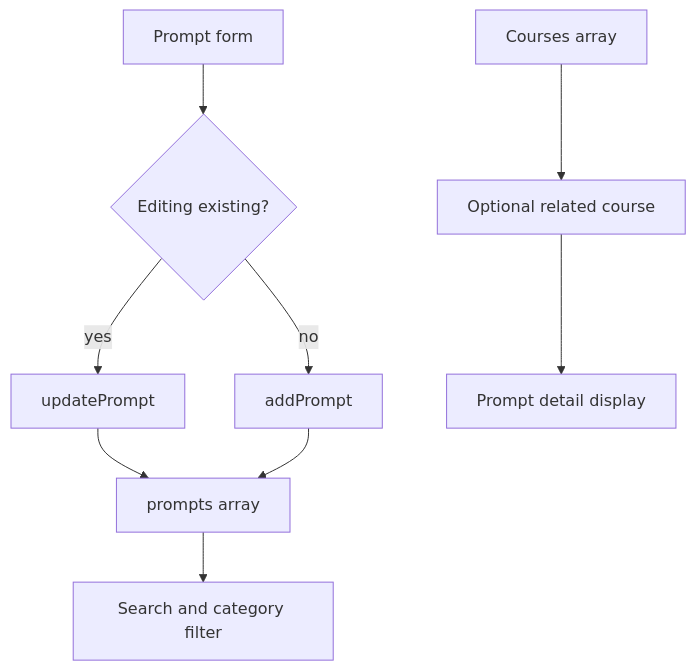
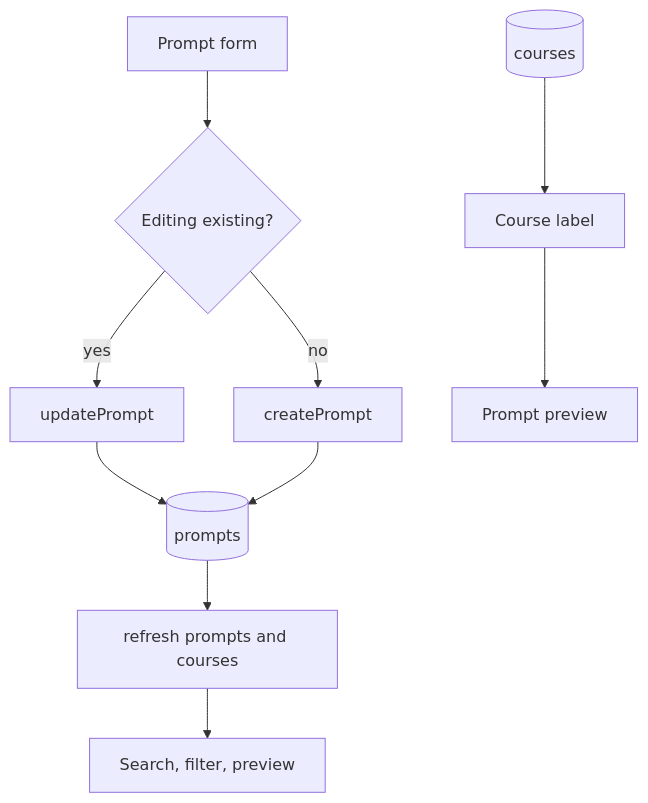
Before and after one commit to muhammadjamshed7/Assignmentwork: the ninth of 16 diagrams in SYSTEM_FLOW.md, drawn with Mermaid. The commit also changed other lines of this file and 56 other files, not shown here.

````diff
--- a/SYSTEM_FLOW.md
+++ b/SYSTEM_FLOW.md
@@ -209,11 +295,12 @@
 ```mermaid
 flowchart TD
   PromptForm[Prompt form] --> Save{Editing existing?}
   Save -- yes --> UpdatePrompt[updatePrompt]
-  Save -- no --> AddPrompt[addPrompt]
-  UpdatePrompt --> PromptsArray[prompts array]
-  AddPrompt --> PromptsArray
-  PromptsArray --> SearchFilter[Search and category filter]
-  Courses[Courses array] --> RelatedCourse[Optional related course]
-  RelatedCourse --> PromptCard[Prompt detail display]
+  Save -- no --> CreatePrompt[createPrompt]
+  UpdatePrompt --> PromptsTable[(prompts)]
+  CreatePrompt --> PromptsTable
+  PromptsTable --> Refresh[refresh prompts and courses]
+  Refresh --> SearchFilter[Search, filter, preview]
+  Courses[(courses)] --> RelatedCourse[Course label]
+  RelatedCourse --> Preview[Prompt preview]
 ```
````
